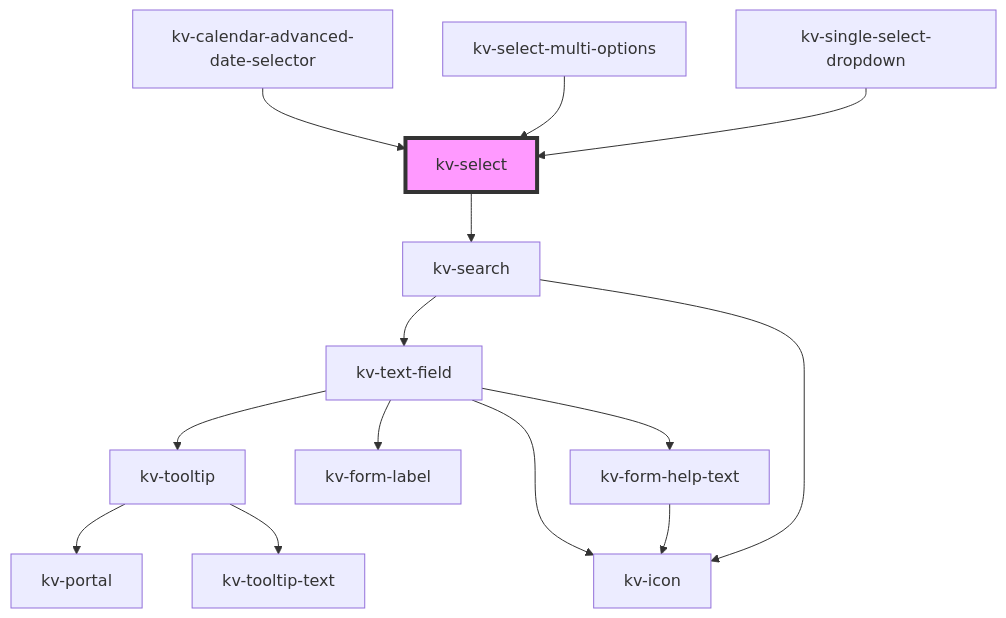
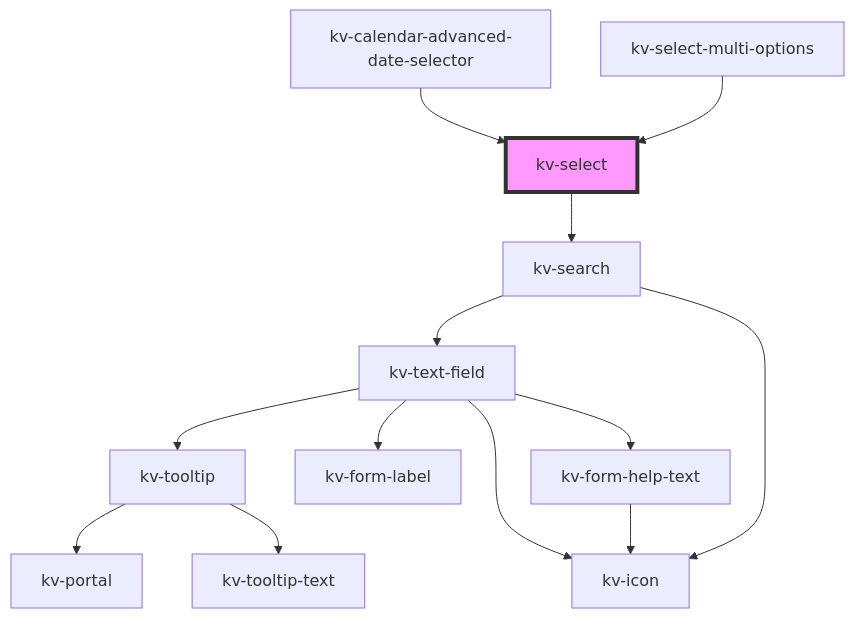
The diagram in packages/ui-components/src/components/select/readme.md (kelvininc/ui-components), drawn with Mermaid before and after one commit. The commit also changed other lines of this file and 35 other files, not shown here.

First line of the commit message:
feat(dropdowns)!: reuse `kv-select-multi-options` component in `kv-single-select-dropdown` component

````diff
--- a/packages/ui-components/src/components/select/readme.md
+++ b/packages/ui-components/src/components/select/readme.md
@@ -109,17 +109,16 @@
 ```mermaid
 graph TD;
   kv-select --> kv-search
   kv-search --> kv-text-field
   kv-search --> kv-icon
   kv-text-field --> kv-tooltip
   kv-text-field --> kv-form-label
   kv-text-field --> kv-icon
   kv-text-field --> kv-form-help-text
   kv-tooltip --> kv-portal
   kv-tooltip --> kv-tooltip-text
   kv-form-help-text --> kv-icon
   kv-calendar-advanced-date-selector --> kv-select
   kv-select-multi-options --> kv-select
-  kv-single-select-dropdown --> kv-select
   style kv-select fill:#f9f,stroke:#333,stroke-width:4px
 ```
````
